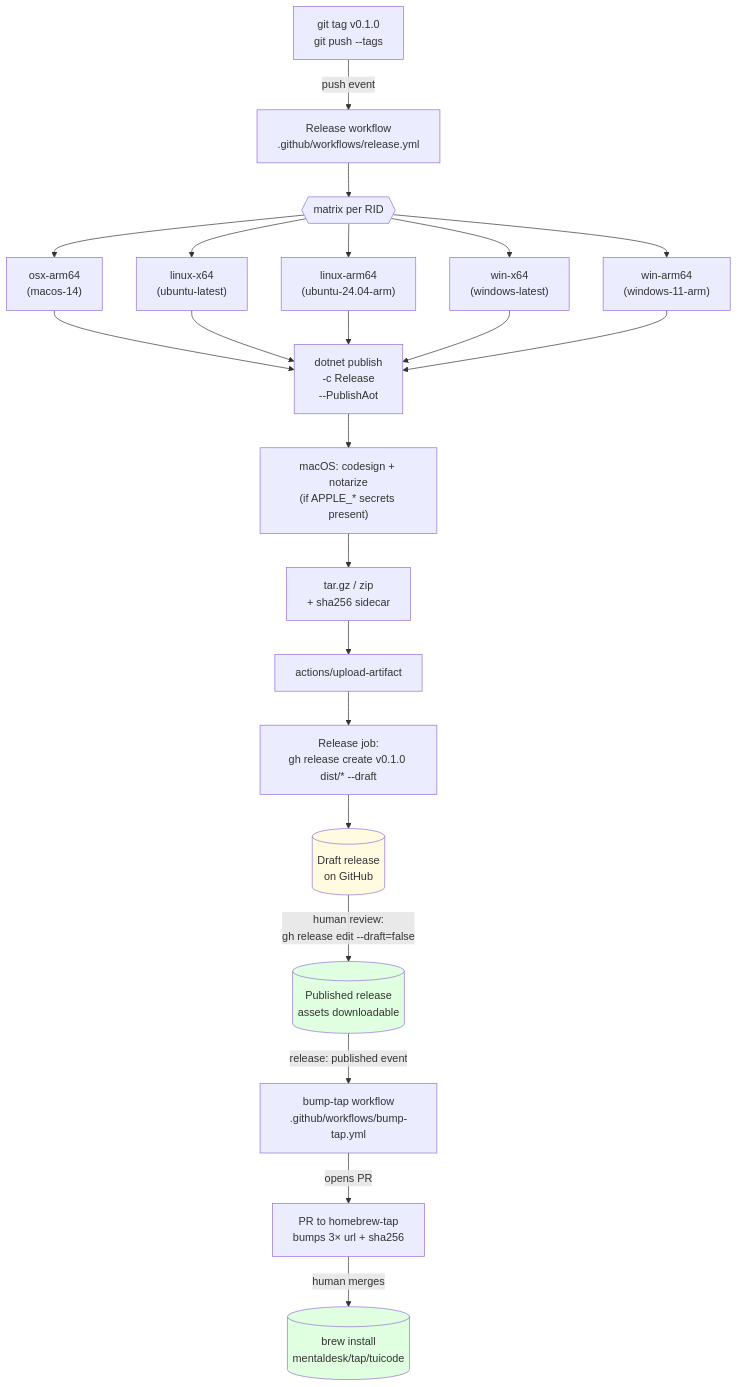
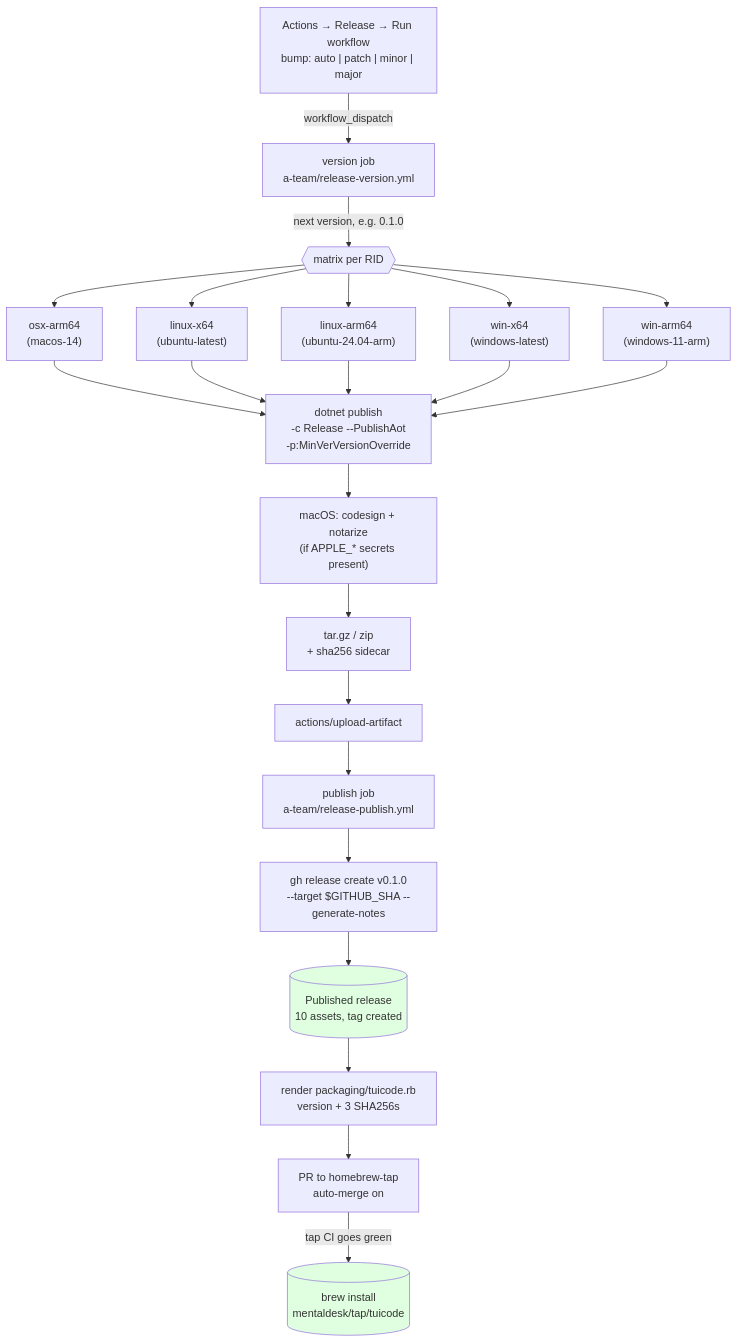
The first of 2 diagrams in CONTRIBUTING.md (mentaldesk/TuiCode), drawn with Mermaid before and after one commit. The commit also changed other lines of this file and 7 other files, not shown here.

First line of the commit message:
Drive releases from the Actions tab, not a pushed tag

````diff
--- a/CONTRIBUTING.md
+++ b/CONTRIBUTING.md
@@ -20,35 +28,32 @@
 ```mermaid
 flowchart TD
-    Tag["git tag v0.1.0<br/>git push --tags"]
-    Tag -->|push event| WF["Release workflow<br/>.github/workflows/release.yml"]
+    Click["Actions → Release → Run workflow<br/>bump: auto | patch | minor | major"]
+    Click -->|workflow_dispatch| Version["version job<br/>a-team/release-version.yml"]
+    Version -->|"next version, e.g. 0.1.0"| Matrix{{"matrix per RID"}}
 
-    WF --> Matrix{{"matrix per RID"}}
     Matrix --> A["osx-arm64<br/>(macos-14)"]
     Matrix --> B["linux-x64<br/>(ubuntu-latest)"]
     Matrix --> C["linux-arm64<br/>(ubuntu-24.04-arm)"]
     Matrix --> D["win-x64<br/>(windows-latest)"]
     Matrix --> E["win-arm64<br/>(windows-11-arm)"]
 
-    A --> Publish["dotnet publish<br/>-c Release<br/>--PublishAot"]
+    A --> Publish["dotnet publish<br/>-c Release --PublishAot<br/>-p:MinVerVersionOverride"]
     B --> Publish
     C --> Publish
     D --> Publish
     E --> Publish
 
     Publish --> Sign["macOS: codesign + notarize<br/>(if APPLE_* secrets present)"]
     Sign --> Archive["tar.gz / zip<br/>+ sha256 sidecar"]
     Archive --> Upload["actions/upload-artifact"]
 
-    Upload --> Release["Release job:<br/>gh release create v0.1.0 dist/* --draft"]
-    Release --> Draft[("Draft release<br/>on GitHub")]
+    Upload --> Pub["publish job<br/>a-team/release-publish.yml"]
+    Pub --> Tag["gh release create v0.1.0<br/>--target $GITHUB_SHA --generate-notes"]
+    Tag --> Public[("Published release<br/>10 assets, tag created")]
+    Public --> Render["render packaging/tuicode.rb<br/>version + 3 SHA256s"]
+    Render --> TapPR["PR to homebrew-tap<br/>auto-merge on"]
+    TapPR -->|tap CI goes green| Brew[("brew install<br/>mentaldesk/tap/tuicode")]
 
-    Draft -->|human review:<br/>gh release edit --draft=false| Public[("Published release<br/>assets downloadable")]
-
-    Public -->|release: published event| Bump["bump-tap workflow<br/>.github/workflows/bump-tap.yml"]
-    Bump -->|opens PR| TapPR["PR to homebrew-tap<br/>bumps 3× url + sha256"]
-    TapPR -->|human merges| Brew[("brew install<br/>mentaldesk/tap/tuicode")]
-
-    style Draft fill:#fffae0
     style Public fill:#e0ffe0
     style Brew fill:#e0ffe0
 ```
````
